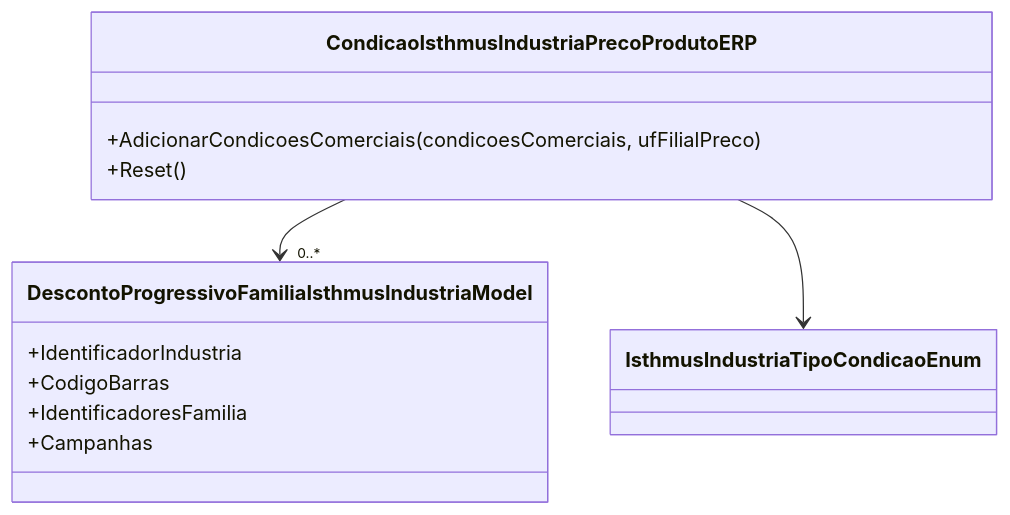
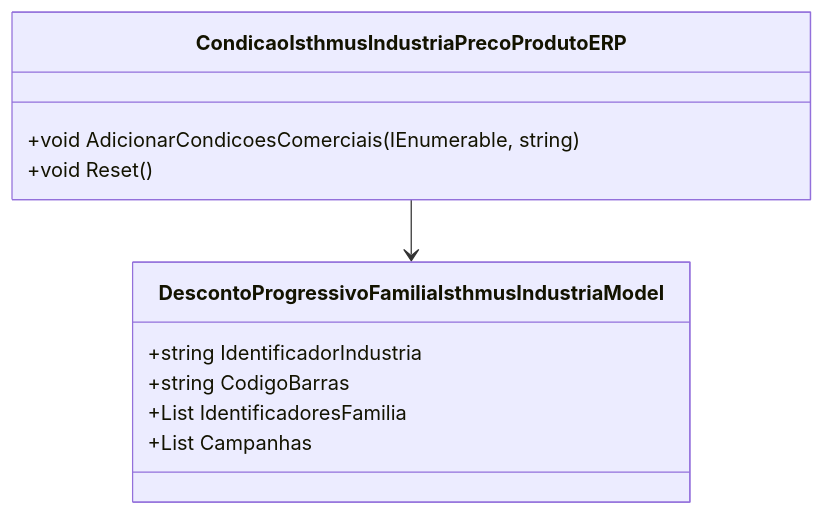
The second of 2 diagrams in docs/b2b-dominio/IsthmusWinthor.Nucleo/IsthmusWinthor.Dominio/POCO/Precos/IsthmusIndustrias/CondicaoIsthmusIndustriaPrecoProdutoERP.md (IsthmusSistemas/documentacao-tecnica), drawn with Mermaid before and after one commit. The commit also changed other lines of this file and 882 other files, not shown here.

````diff
--- a/docs/b2b-dominio/IsthmusWinthor.Nucleo/IsthmusWinthor.Dominio/POCO/Precos/IsthmusIndustrias/CondicaoIsthmusIndustriaPrecoProdutoERP.md
+++ b/docs/b2b-dominio/IsthmusWinthor.Nucleo/IsthmusWinthor.Dominio/POCO/Precos/IsthmusIndustrias/CondicaoIsthmusIndustriaPrecoProdutoERP.md
@@ -59,15 +52,16 @@
 ```mermaid
 classDiagram
     class CondicaoIsthmusIndustriaPrecoProdutoERP {
-        +AdicionarCondicoesComerciais(condicoesComerciais, ufFilialPreco)
-        +Reset()
+        +void AdicionarCondicoesComerciais(IEnumerable<ICondicaoIsthmusIndustria>, string)
+        +void Reset()
     }
+
     class DescontoProgressivoFamiliaIsthmusIndustriaModel {
-        +IdentificadorIndustria
-        +CodigoBarras
-        +IdentificadoresFamilia
-        +Campanhas
+        +string IdentificadorIndustria
+        +string CodigoBarras
+        +List<string> IdentificadoresFamilia
+        +List<Campanha> Campanhas
     }
-    CondicaoIsthmusIndustriaPrecoProdutoERP --> "0..*" DescontoProgressivoFamiliaIsthmusIndustriaModel
-    CondicaoIsthmusIndustriaPrecoProdutoERP --> IsthmusIndustriaTipoCondicaoEnum
+
+    CondicaoIsthmusIndustriaPrecoProdutoERP --> DescontoProgressivoFamiliaIsthmusIndustriaModel
 ```
````
